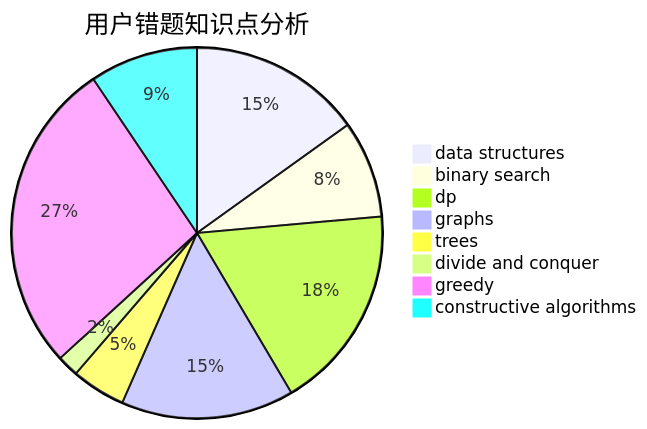
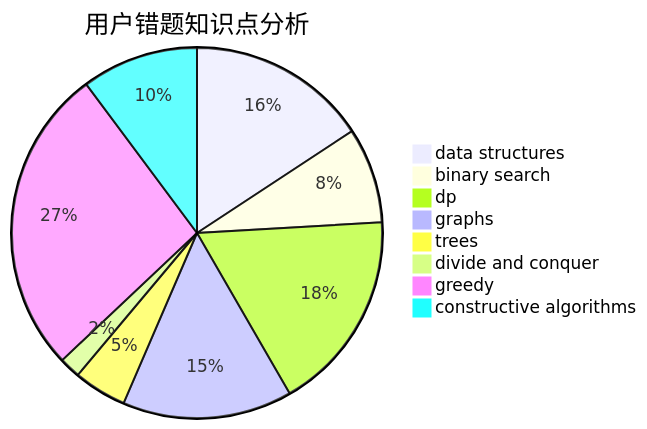
One commit to sherpahu/cfrs.github.io changed the third of 3 diagrams in docs/user/u1626.md. Above: the diagram before and after it, drawn with Mermaid. The commit also changed other lines of this file and 2770 other files, not shown here.

````diff
--- a/docs/user/u1626.md
+++ b/docs/user/u1626.md
@@ -36,11 +36,11 @@
 ```mermaid
 pie title 用户错题知识点分析
-    "data structures" :  16
+    "data structures" :  17
     "binary search" :  9
     "dp" :  19
     "graphs" :  16
     "trees" :  5
     "divide and conquer" :  2
     "greedy" :  29
-    "constructive algorithms" :  10
+    "constructive algorithms" :  11
 ```
````
